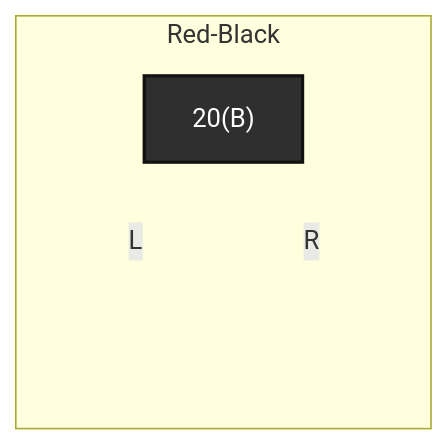
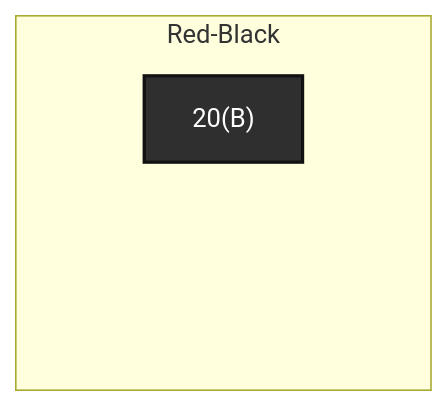
One commit to FormingSystem/linux_note changed diagram 11 of 31 in knowledge/linux/data_structures/红黑树_rb-tree/P07_红黑树_把_2-3-4_树映射成二叉表示.md. Above: the diagram before and after it, drawn with Mermaid. The commit also changed other lines of this file and 3 other files, not shown here.

````diff
--- a/knowledge/linux/data_structures/红黑树_rb-tree/P07_红黑树_把_2-3-4_树映射成二叉表示.md
+++ b/knowledge/linux/data_structures/红黑树_rb-tree/P07_红黑树_把_2-3-4_树映射成二叉表示.md
@@ -1078,20 +1082,20 @@
 ```mermaid
 graph LR
 	subgraph "Red-Black"
 		B["20(B)"]
 		LG[" "]
 		RG[" "]
 	end
 
-	B -->|"L"| LG
-	B -->|"R"| RG
+	B --> LG
+	B --> RG
 
 	classDef black fill:#2f2f2f,stroke:#111,color:#fff,stroke-width:2px;
 	classDef ghost fill:transparent,stroke:transparent,color:transparent;
 
 	class B black;
 	class LG,RG ghost;
 
 	linkStyle 0 stroke:transparent;
 	linkStyle 1 stroke:transparent;
 ```
````
